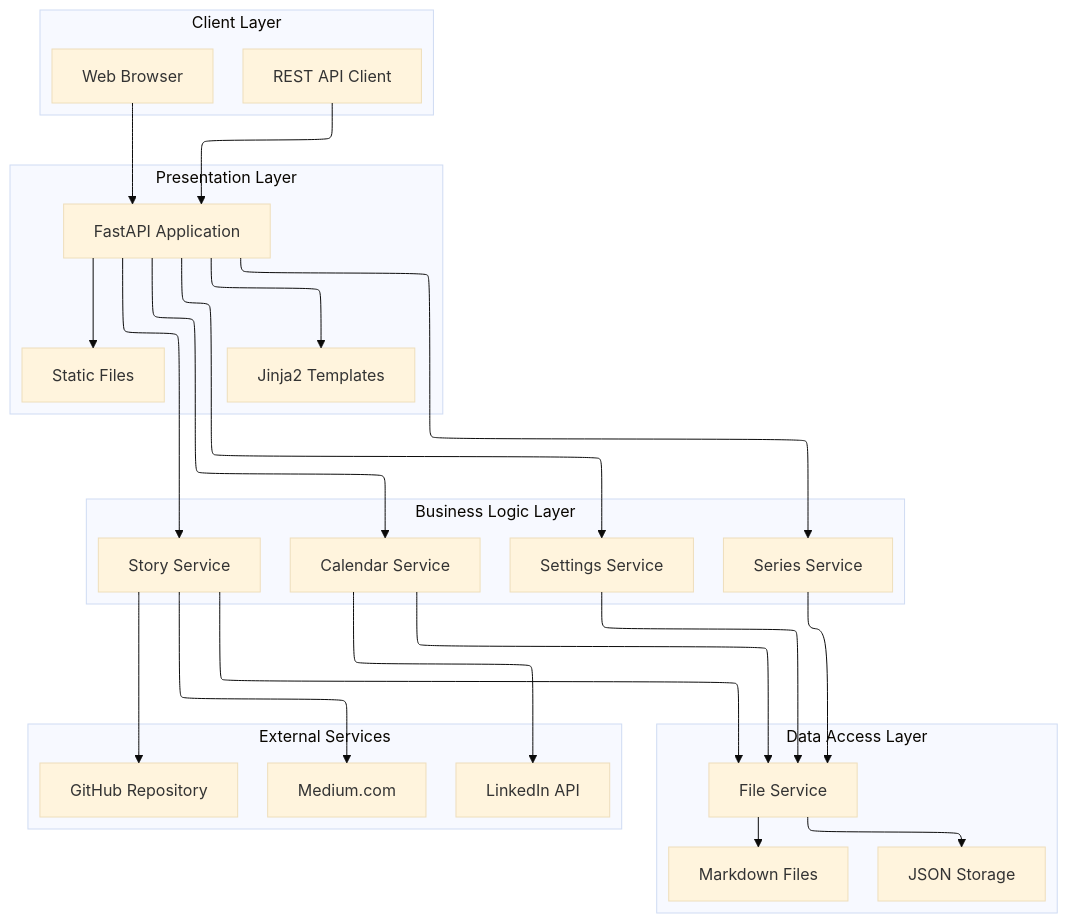
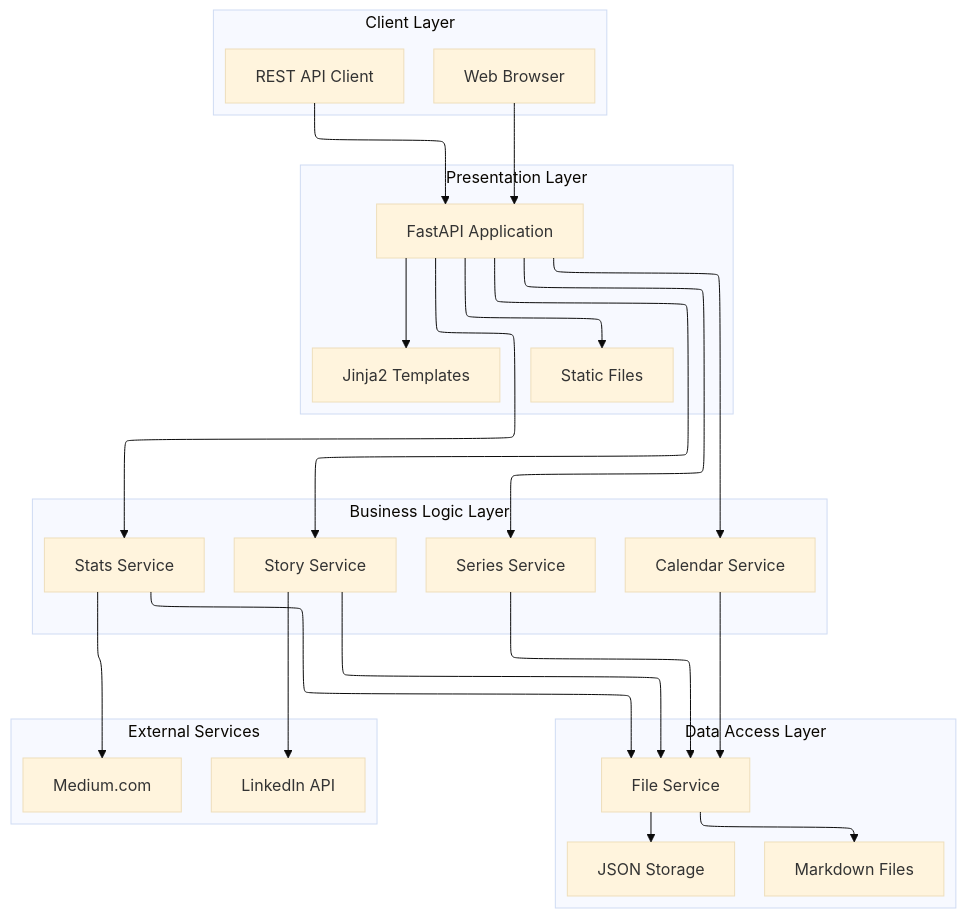
Before and after one commit to mvineetsharma79/Medium-Story-Manger: the first of 10 diagrams in README.md, drawn with Mermaid. The commit also changed other lines of this file and 9 other files, not shown here.

````diff
--- a/README.md
+++ b/README.md
@@ -99,58 +92,56 @@
 ```mermaid
 ---
 config:
   theme: base
   layout: elk
 ---
 graph TB
     subgraph "Client Layer"
         A[Web Browser]
         B[REST API Client]
     end
 
     subgraph "Presentation Layer"
         C[FastAPI Application]
         D[Jinja2 Templates]
         E[Static Files]
     end
 
     subgraph "Business Logic Layer"
         F[Story Service]
         G[Series Service]
         H[Calendar Service]
-        I[Settings Service]
+        I[Stats Service]
     end
 
     subgraph "Data Access Layer"
         J[File Service]
         K[JSON Storage]
         L[Markdown Files]
     end
 
     subgraph "External Services"
         M[Medium.com]
-        N[GitHub Repository]
-        O[LinkedIn API]
+        N[LinkedIn API]
     end
 
     A --> C
     B --> C
     C --> D
     C --> E
     C --> F
     C --> G
     C --> H
     C --> I
     
     F --> J
     G --> J
     H --> J
     I --> J
     
     J --> K
     J --> L
     
-    F --> M
+    I --> M
     F --> N
-    H --> O
 ```
````
